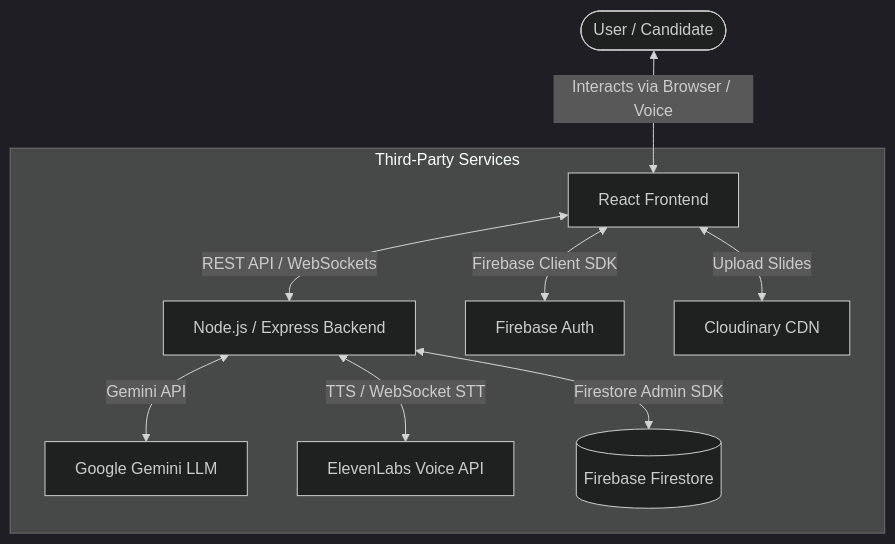
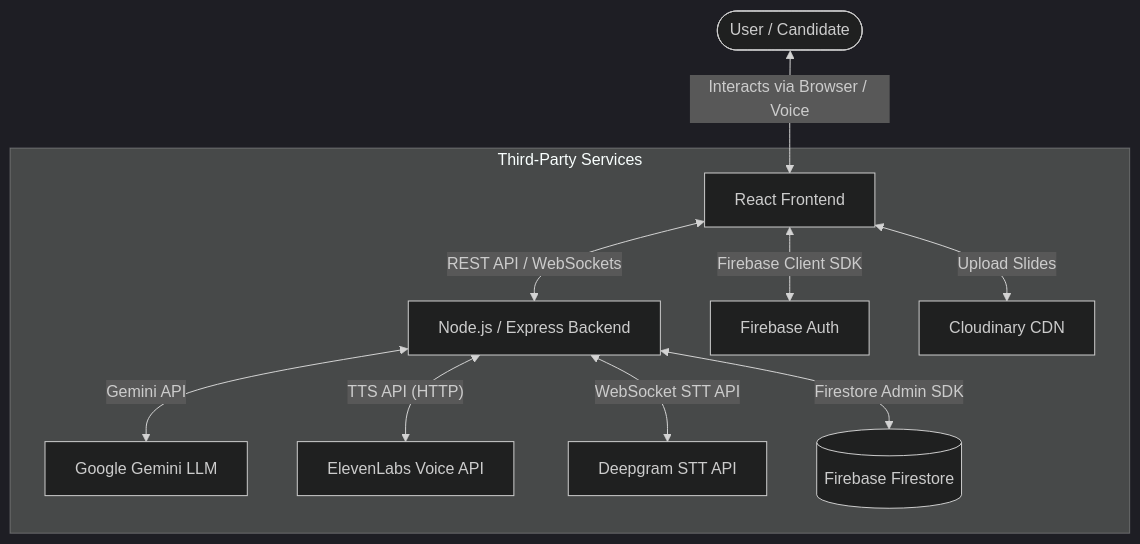
One commit to rashmichoudhary13/HackJudge changed the first of 4 diagrams in architecture_diagram.md. Above: the diagram before and after it, drawn with Mermaid (dark theme). The commit also changed other lines of this file and 12 other files, not shown here.

````diff
--- a/architecture_diagram.md
+++ b/architecture_diagram.md
@@ -11,13 +11,14 @@
 ```mermaid
 graph TD
     User([User / Candidate]) <-->|Interacts via Browser / Voice| Client[React Frontend]
     Client <-->|REST API / WebSockets| Server[Node.js / Express Backend]
     
     subgraph Third-Party Services
         Server <-->|Gemini API| Gemini[Google Gemini LLM]
-        Server <-->|TTS / WebSocket STT| ElevenLabs[ElevenLabs Voice API]
+        Server <-->|"TTS API (HTTP)"| ElevenLabs[ElevenLabs Voice API]
+        Server <-->|WebSocket STT API| Deepgram[Deepgram STT API]
         Server <-->|Firestore Admin SDK| Firestore[(Firebase Firestore)]
         Client <-->|Firebase Client SDK| FirebaseAuth[Firebase Auth]
         Client <-->|Upload Slides| Cloudinary[Cloudinary CDN]
     end
 ```
````
